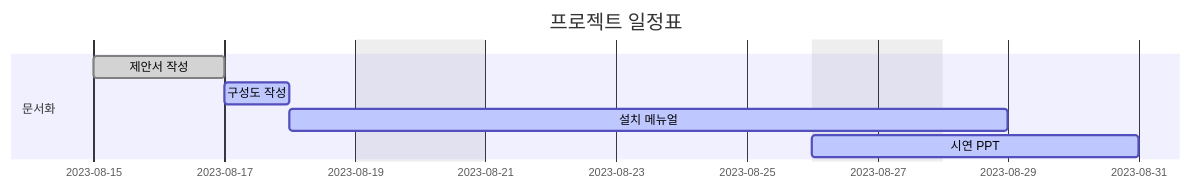
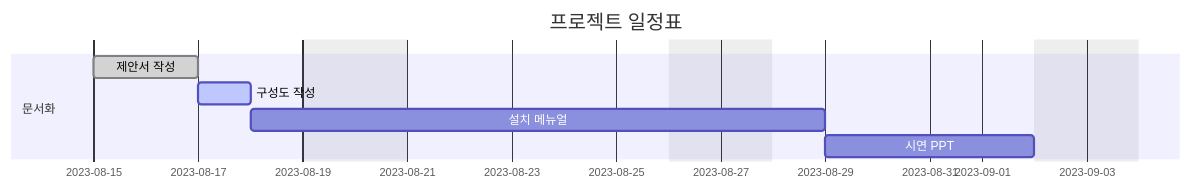
One commit to LOFL404/project1 changed the diagram in README.md. Above: the diagram before and after it, drawn with Mermaid.

````diff
--- a/README.md
+++ b/README.md
@@ -1,16 +1,16 @@
 ```mermaid
 gantt
     dateFormat  YYYY-MM-DD
     axisFormat  %Y-%m-%d
     title       프로젝트 일정표
     excludes    weekends saturday,sunday
     
     section 문서화
     제안서 작성     :done,    a, 2023-08-15, 2d
     구성도 작성     :active,    b, 2023-08-17, 1d
-    설치 메뉴얼     :active,    c, 2023-08-18, 7d
-    시연 PPT        :active,    d, 2023-08-26, 4d
+    설치 메뉴얼     :c, after b, 7d
+    시연 PPT        :after c, 4d
 
     section 구현
     
 ```
````
